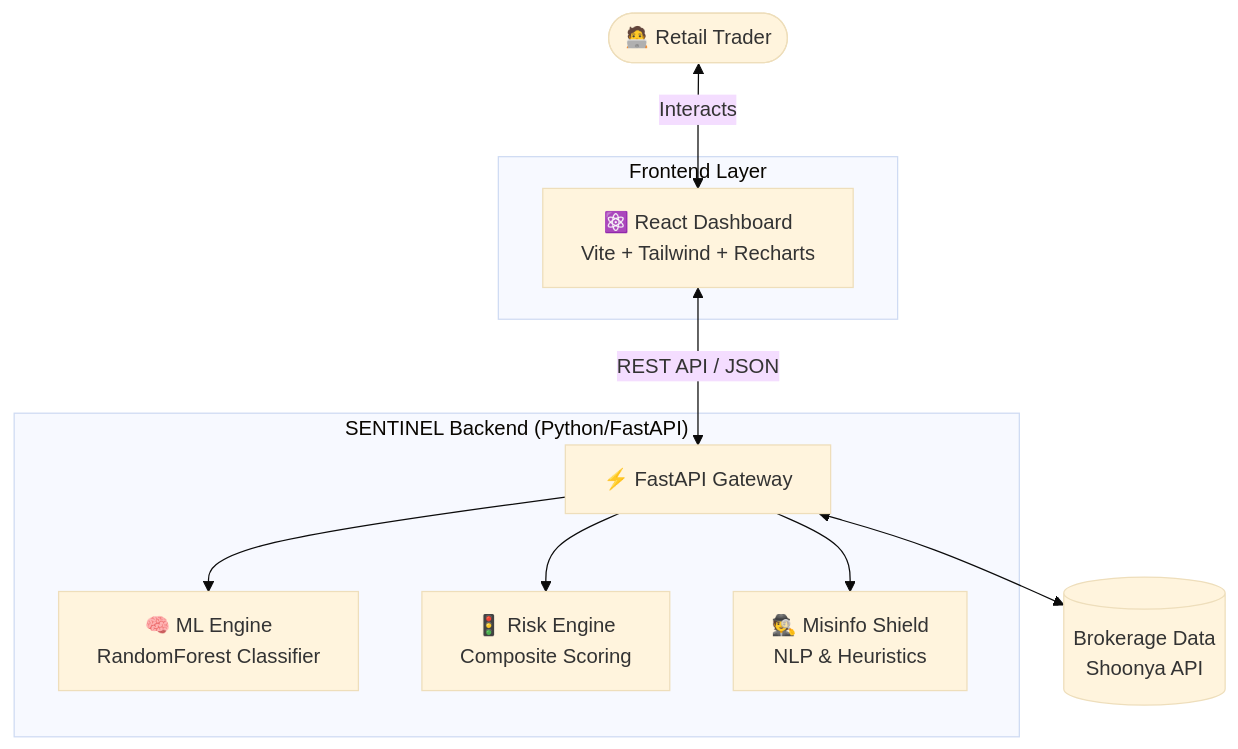
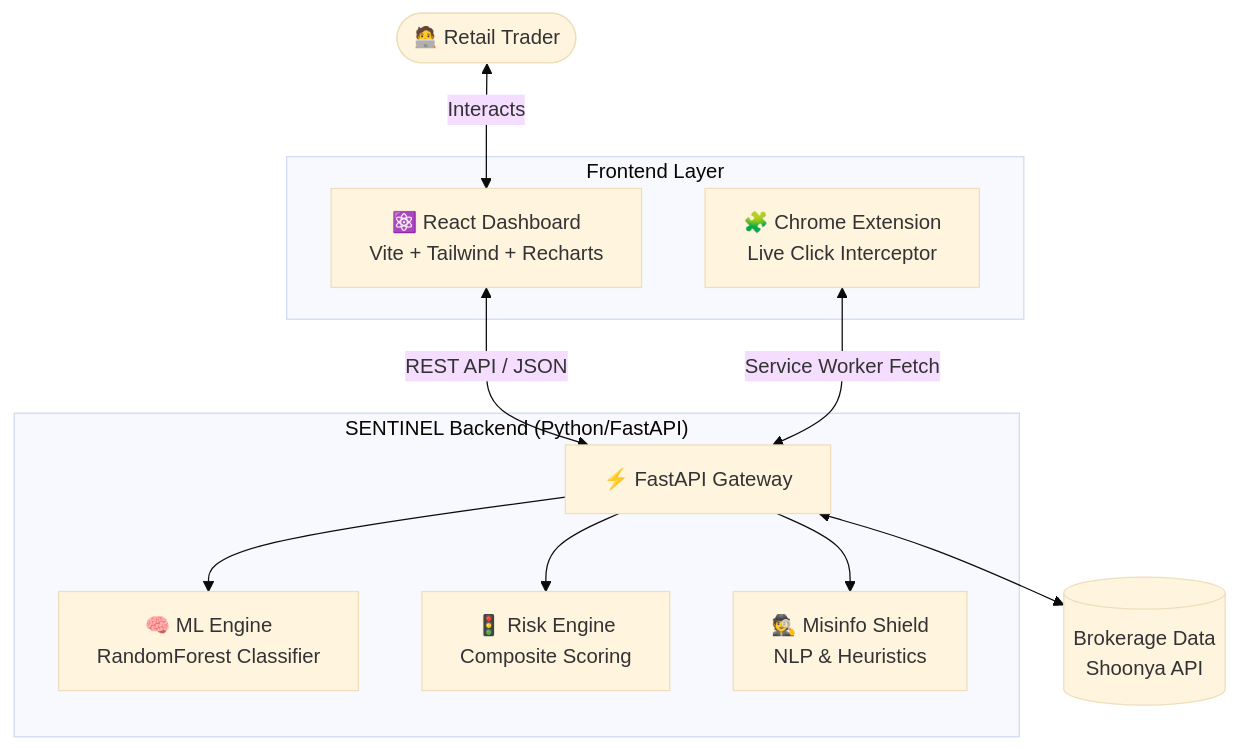
Before and after one commit to piyush0213/sentinel: the diagram in README.md, drawn with Mermaid (base theme). The commit also changed other lines of this file and 4 other files, not shown here.

````diff
--- a/README.md
+++ b/README.md
@@ -34,19 +35,21 @@
 ```mermaid
 graph TD
     User([🧑‍💻 Retail Trader]) <-->|Interacts| Frontend
     
     subgraph "Frontend Layer"
         Frontend[⚛️ React Dashboard<br/>Vite + Tailwind + Recharts]
+        Extension[🧩 Chrome Extension<br/>Live Click Interceptor]
     end
 
     Frontend <-->|REST API / JSON| Backend
+    Extension <-->|Service Worker Fetch| Backend
     
     subgraph "SENTINEL Backend (Python/FastAPI)"
         Backend[⚡ FastAPI Gateway]
         Backend --> MLEngine[🧠 ML Engine<br/>RandomForest Classifier]
         Backend --> RiskEngine[🚦 Risk Engine<br/>Composite Scoring]
         Backend --> Misinfo[🕵️ Misinfo Shield<br/>NLP & Heuristics]
     end
     
     Backend <--> Data[(Brokerage Data<br/>Shoonya API)]
 ```
````
